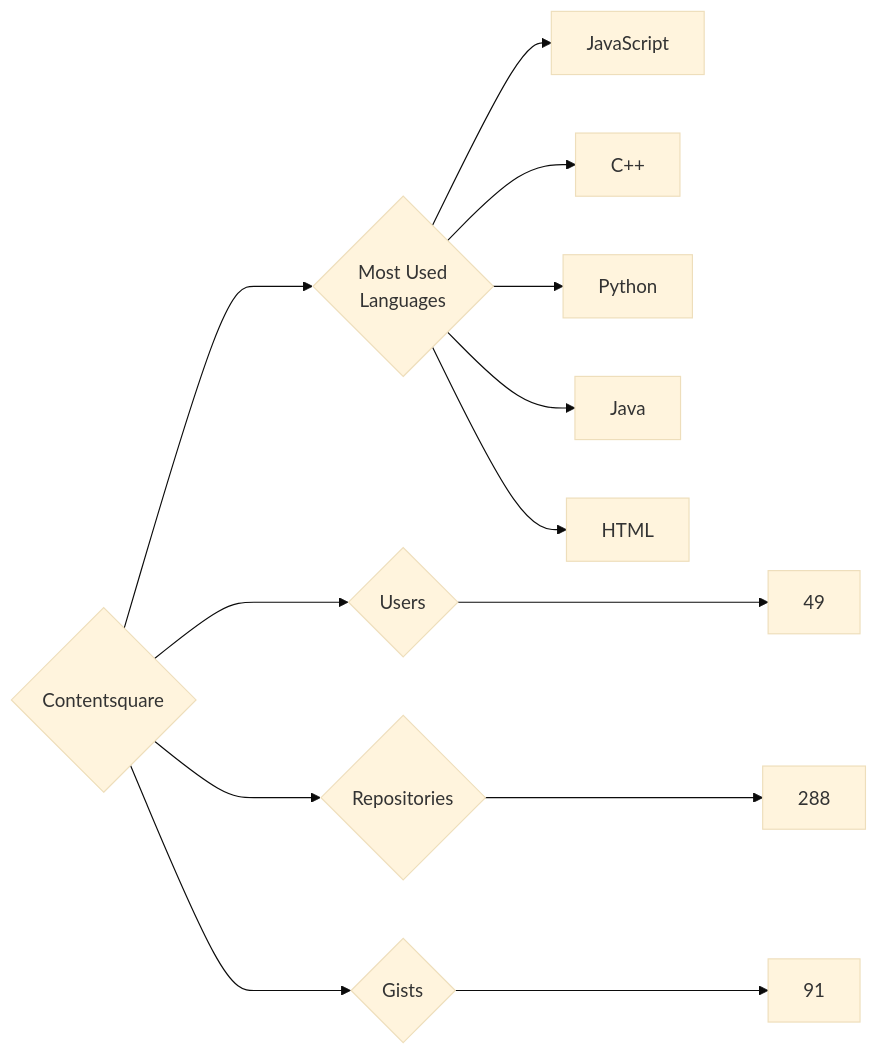
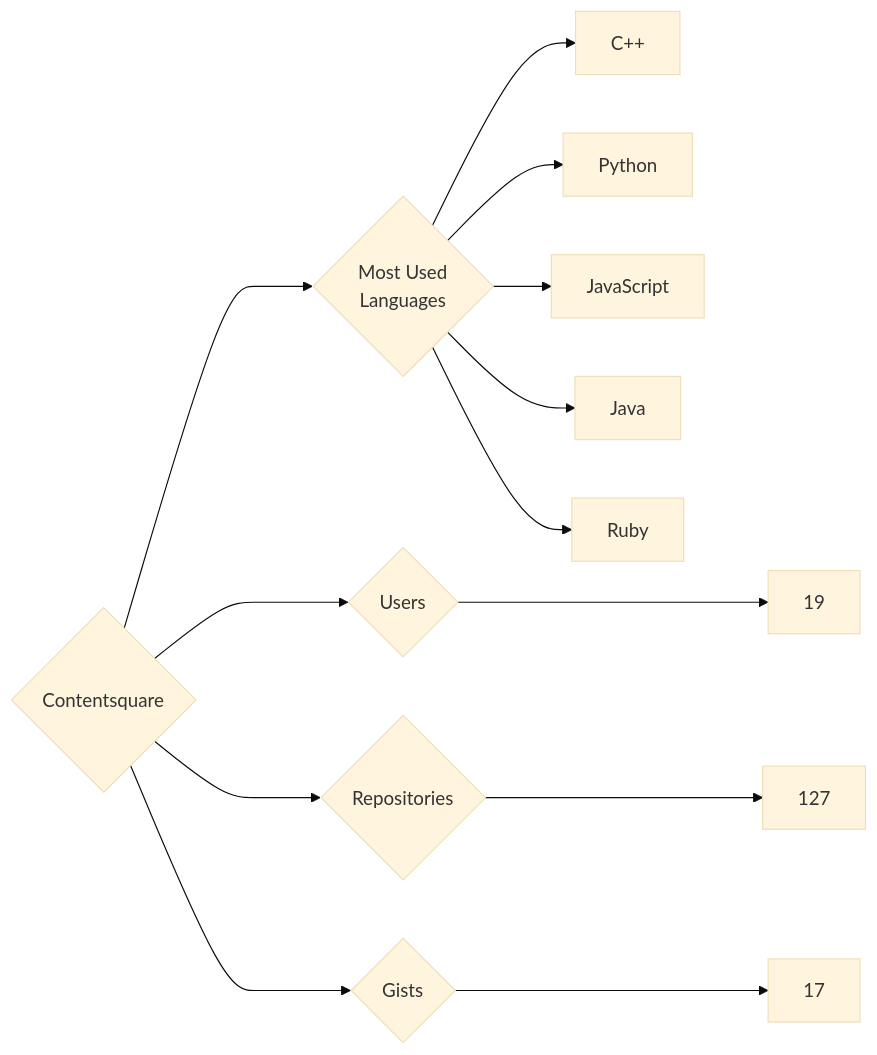
The diagram in targets/Contentsquare/README.md (trickest/insiders), drawn with Mermaid (base theme) before and after one commit. The commit also changed 1141 other files, not shown here.

````diff
--- a/targets/Contentsquare/README.md
+++ b/targets/Contentsquare/README.md
@@ -3,13 +3,13 @@
 ```mermaid
 graph LR
 COMPANY_NAME{Contentsquare}
-COMPANY_NAME ---> U{Users} ---> UN[49]
-COMPANY_NAME ---> R{Repositories} ---> RN[288]
-COMPANY_NAME ---> G{Gists} ---> GN[91]
+COMPANY_NAME ---> U{Users} ---> UN[19]
+COMPANY_NAME ---> R{Repositories} ---> RN[127]
+COMPANY_NAME ---> G{Gists} ---> GN[17]
 COMPANY_NAME ---> ML{Most Used<br>Languages}
-ML --> JavaScript[JavaScript]
 ML --> C++[C++]
 ML --> Python[Python]
+ML --> JavaScript[JavaScript]
 ML --> Java[Java]
-ML --> HTML[HTML]
+ML --> Ruby[Ruby]
 ```
````
